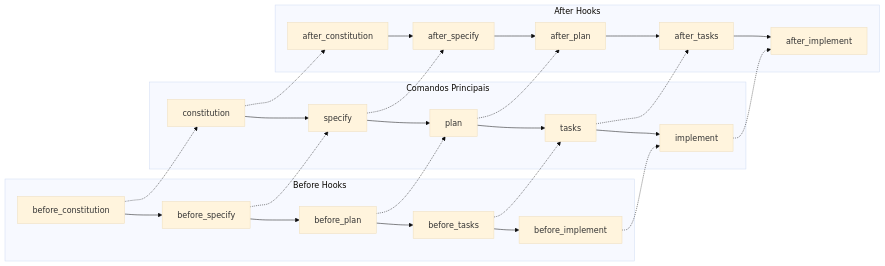
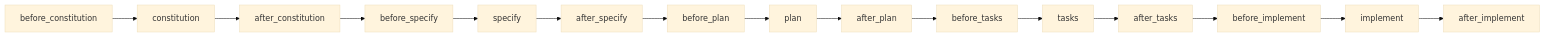
Before and after one commit to wagner-sousa/spec-kit-docker: the second of 9 diagrams in README.md, drawn with Mermaid (base theme). The commit also changed other lines of this file, not shown here.

````diff
--- a/README.md
+++ b/README.md
@@ -65,34 +69,17 @@
 ```mermaid
 graph LR
-    subgraph "Before Hooks"
-        A1[before_constitution] --> A2[before_specify]
-        A2 --> A3[before_plan]
-        A3 --> A4[before_tasks]
-        A4 --> A5[before_implement]
-    end
-
-    subgraph "Comandos Principais"
-        B1[constitution] --> B2[specify]
-        B2 --> B3[plan]
-        B3 --> B4[tasks]
-        B4 --> B5[implement]
-    end
-
-    subgraph "After Hooks"
-        C1[after_constitution] --> C2[after_specify]
-        C2 --> C3[after_plan]
-        C3 --> C4[after_tasks]
-        C4 --> C5[after_implement]
-    end
-
-    A1 -.-> B1
-    A2 -.-> B2
-    A3 -.-> B3
-    A4 -.-> B4
-    A5 -.-> B5
-    B1 -.-> C1
-    B2 -.-> C2
-    B3 -.-> C3
-    B4 -.-> C4
-    B5 -.-> C5
+    A[before_constitution] --> B[constitution]
+    B --> C[after_constitution]
+    C --> D[before_specify]
+    D --> E[specify]
+    E --> F[after_specify]
+    F --> G[before_plan]
+    G --> H[plan]
+    H --> I[after_plan]
+    I --> J[before_tasks]
+    J --> K[tasks]
+    K --> L[after_tasks]
+    L --> M[before_implement]
+    M --> N[implement]
+    N --> O[after_implement]
 ```
````
